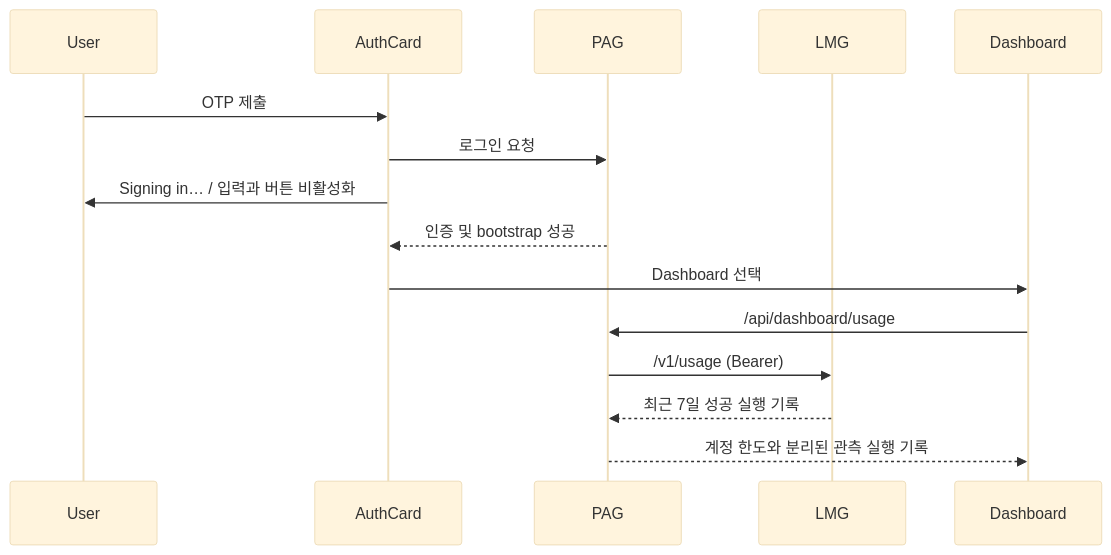
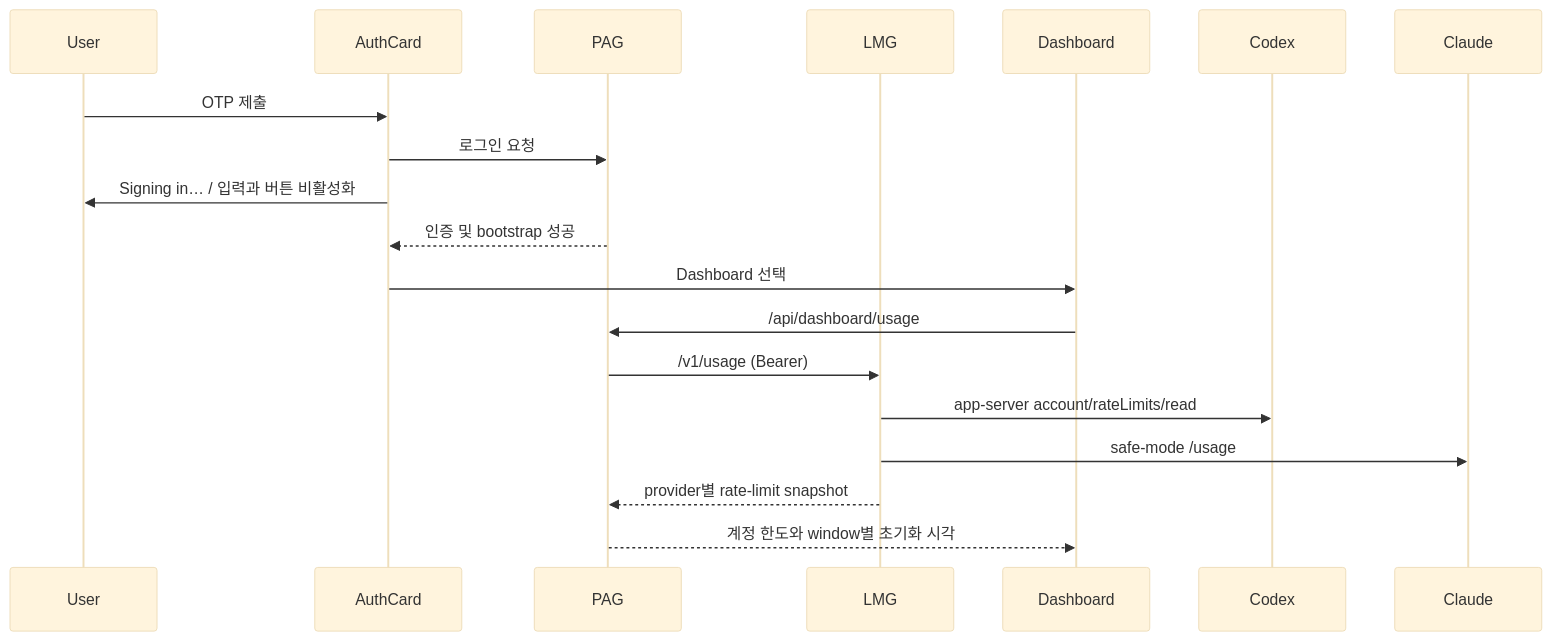
One commit to LeeLeeLeeee/personal-agent-gateway changed the diagram in docs/superpowers/specs/2026-07-27-login-local-usage-design.md. Above: the diagram before and after it, drawn with Mermaid (base theme). The commit also changed other lines of this file, not shown here.

````diff
--- a/docs/superpowers/specs/2026-07-27-login-local-usage-design.md
+++ b/docs/superpowers/specs/2026-07-27-login-local-usage-design.md
@@ -54,18 +68,20 @@
 ```mermaid
 sequenceDiagram
     participant User
     participant AuthCard
     participant PAG
     participant LMG
     participant Dashboard
 
     User->>AuthCard: OTP 제출
     AuthCard->>PAG: 로그인 요청
     AuthCard->>User: Signing in… / 입력과 버튼 비활성화
     PAG-->>AuthCard: 인증 및 bootstrap 성공
     AuthCard->>Dashboard: Dashboard 선택
     Dashboard->>PAG: /api/dashboard/usage
     PAG->>LMG: /v1/usage (Bearer)
-    LMG-->>PAG: 최근 7일 성공 실행 기록
-    PAG-->>Dashboard: 계정 한도와 분리된 관측 실행 기록
+    LMG->>Codex: app-server account/rateLimits/read
+    LMG->>Claude: safe-mode /usage
+    LMG-->>PAG: provider별 rate-limit snapshot
+    PAG-->>Dashboard: 계정 한도와 window별 초기화 시각
 ```
````
